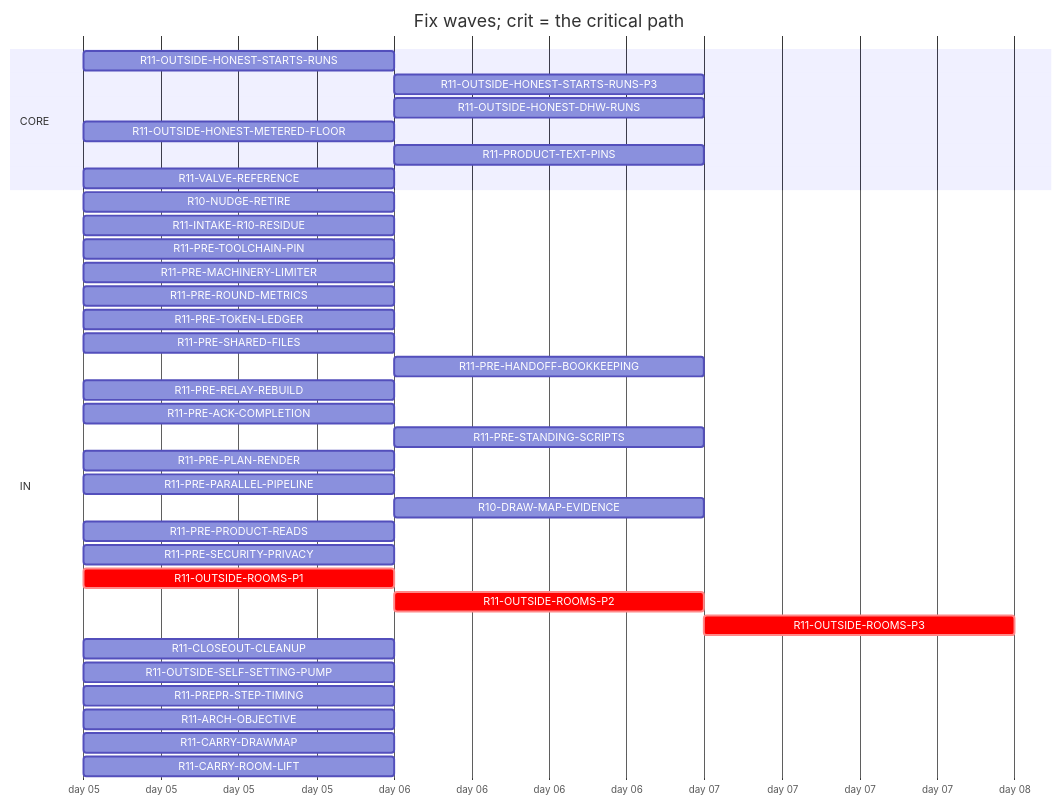
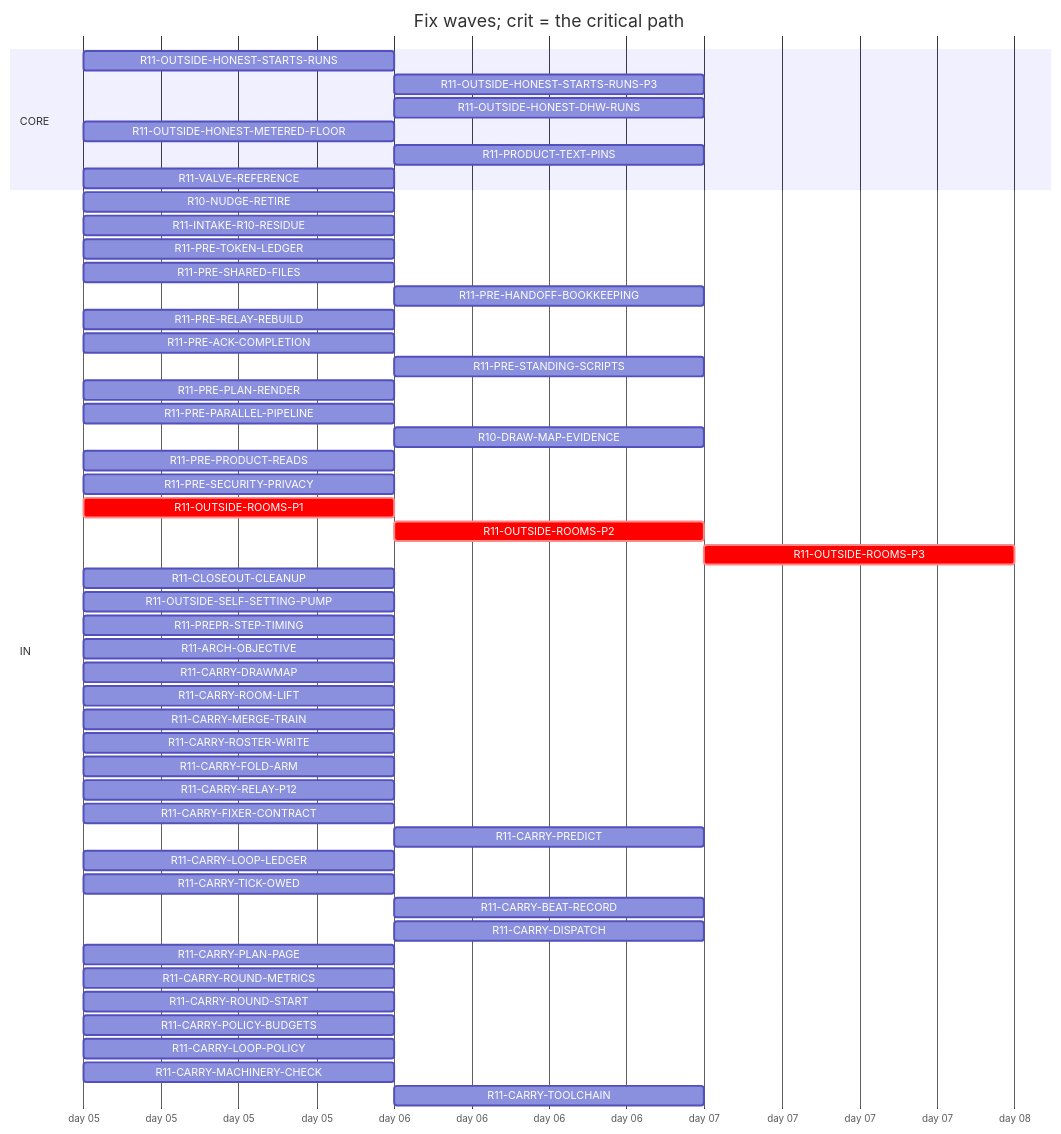
Before and after one commit to tvofi/heatpump_optimizer: the diagram in handoff/round11/state/PLAN-TABLE.md, drawn with Mermaid. The commit also changed other lines of this file and 4 other files, not shown here.

Commit message:
state: FLOW-BOARD.md, NEXT-SESSION-PROMPT.md, PLAN-TABLE.md, PLAN.html, RESUME-CURRENT.md regenerated (state_docs.py)

````diff
--- a/handoff/round11/state/PLAN-TABLE.md
+++ b/handoff/round11/state/PLAN-TABLE.md
@@ -15,39 +15,53 @@
 ```mermaid
 gantt
   title Fix waves; crit = the critical path
   dateFormat YYYY-MM-DD
   axisFormat day %d
   section CORE
     R11-OUTSIDE-HONEST-STARTS-RUNS :r11OUTSIDEHONESTSTARTSRUNS, 2026-01-05, 1d
     R11-OUTSIDE-HONEST-STARTS-RUNS-P3 :r11OUTSIDEHONESTSTARTSRUNSP3, after r11OUTSIDEHONESTSTARTSRUNS, 1d
     R11-OUTSIDE-HONEST-DHW-RUNS :r11OUTSIDEHONESTDHWRUNS, after r11OUTSIDEHONESTSTARTSRUNS, 1d
     R11-OUTSIDE-HONEST-METERED-FLOOR :r11OUTSIDEHONESTMETEREDFLOOR, 2026-01-05, 1d
     R11-PRODUCT-TEXT-PINS :r11PRODUCTTEXTPINS, after r11OUTSIDEROOMSP1, 1d
     R11-VALVE-REFERENCE :r11VALVEREFERENCE, 2026-01-05, 1d
   section IN
     R10-NUDGE-RETIRE :r10NUDGERETIRE, 2026-01-05, 1d
     R11-INTAKE-R10-RESIDUE :r11INTAKER10RESIDUE, 2026-01-05, 1d
-    R11-PRE-TOOLCHAIN-PIN :r11PRETOOLCHAINPIN, 2026-01-05, 1d
-    R11-PRE-MACHINERY-LIMITER :r11PREMACHINERYLIMITER, 2026-01-05, 1d
-    R11-PRE-ROUND-METRICS :r11PREROUNDMETRICS, 2026-01-05, 1d
     R11-PRE-TOKEN-LEDGER :r11PRETOKENLEDGER, 2026-01-05, 1d
     R11-PRE-SHARED-FILES :r11PRESHAREDFILES, 2026-01-05, 1d
     R11-PRE-HANDOFF-BOOKKEEPING :r11PREHANDOFFBOOKKEEPING, after r11PRERELAYREBUILD, 1d
     R11-PRE-RELAY-REBUILD :r11PRERELAYREBUILD, 2026-01-05, 1d
     R11-PRE-ACK-COMPLETION :r11PREACKCOMPLETION, 2026-01-05, 1d
     R11-PRE-STANDING-SCRIPTS :r11PRESTANDINGSCRIPTS, after r11PREPARALLELPIPELINE, 1d
     R11-PRE-PLAN-RENDER :r11PREPLANRENDER, 2026-01-05, 1d
     R11-PRE-PARALLEL-PIPELINE :r11PREPARALLELPIPELINE, 2026-01-05, 1d
     R10-DRAW-MAP-EVIDENCE :r10DRAWMAPEVIDENCE, after r11OUTSIDESELFSETTINGPUMP, 1d
     R11-PRE-PRODUCT-READS :r11PREPRODUCTREADS, 2026-01-05, 1d
     R11-PRE-SECURITY-PRIVACY :r11PRESECURITYPRIVACY, 2026-01-05, 1d
     R11-OUTSIDE-ROOMS-P1 :crit, r11OUTSIDEROOMSP1, 2026-01-05, 1d
     R11-OUTSIDE-ROOMS-P2 :crit, r11OUTSIDEROOMSP2, after r11OUTSIDEROOMSP1, 1d
     R11-OUTSIDE-ROOMS-P3 :crit, r11OUTSIDEROOMSP3, after r11OUTSIDEROOMSP2, 1d
     R11-CLOSEOUT-CLEANUP :r11CLOSEOUTCLEANUP, 2026-01-05, 1d
     R11-OUTSIDE-SELF-SETTING-PUMP :r11OUTSIDESELFSETTINGPUMP, 2026-01-05, 1d
     R11-PREPR-STEP-TIMING :r11PREPRSTEPTIMING, 2026-01-05, 1d
     R11-ARCH-OBJECTIVE :r11ARCHOBJECTIVE, 2026-01-05, 1d
     R11-CARRY-DRAWMAP :r11CARRYDRAWMAP, 2026-01-05, 1d
     R11-CARRY-ROOM-LIFT :r11CARRYROOMLIFT, 2026-01-05, 1d
+    R11-CARRY-MERGE-TRAIN :r11CARRYMERGETRAIN, 2026-01-05, 1d
+    R11-CARRY-ROSTER-WRITE :r11CARRYROSTERWRITE, 2026-01-05, 1d
+    R11-CARRY-FOLD-ARM :r11CARRYFOLDARM, 2026-01-05, 1d
+    R11-CARRY-RELAY-P12 :r11CARRYRELAYP12, 2026-01-05, 1d
+    R11-CARRY-FIXER-CONTRACT :r11CARRYFIXERCONTRACT, 2026-01-05, 1d
+    R11-CARRY-PREDICT :r11CARRYPREDICT, after r11PREPRSTEPTIMING, 1d
+    R11-CARRY-LOOP-LEDGER :r11CARRYLOOPLEDGER, 2026-01-05, 1d
+    R11-CARRY-TICK-OWED :r11CARRYTICKOWED, 2026-01-05, 1d
+    R11-CARRY-BEAT-RECORD :r11CARRYBEATRECORD, after r11CARRYROSTERWRITE, 1d
+    R11-CARRY-DISPATCH :r11CARRYDISPATCH, after r11PRETOKENLEDGER, 1d
+    R11-CARRY-PLAN-PAGE :r11CARRYPLANPAGE, 2026-01-05, 1d
+    R11-CARRY-ROUND-METRICS :r11CARRYROUNDMETRICS, 2026-01-05, 1d
+    R11-CARRY-ROUND-START :r11CARRYROUNDSTART, 2026-01-05, 1d
+    R11-CARRY-POLICY-BUDGETS :r11CARRYPOLICYBUDGETS, 2026-01-05, 1d
+    R11-CARRY-LOOP-POLICY :r11CARRYLOOPPOLICY, 2026-01-05, 1d
+    R11-CARRY-MACHINERY-CHECK :r11CARRYMACHINERYCHECK, 2026-01-05, 1d
+    R11-CARRY-TOOLCHAIN :r11CARRYTOOLCHAIN, after r11CARRYMERGETRAIN, 1d
 ```
````
